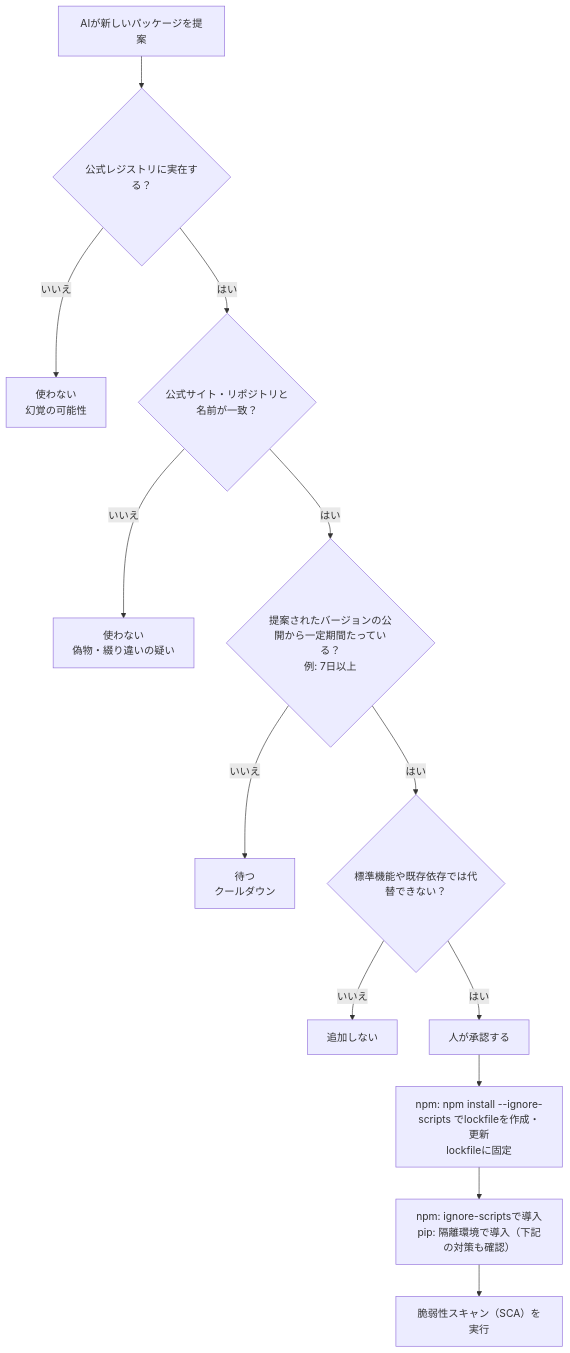
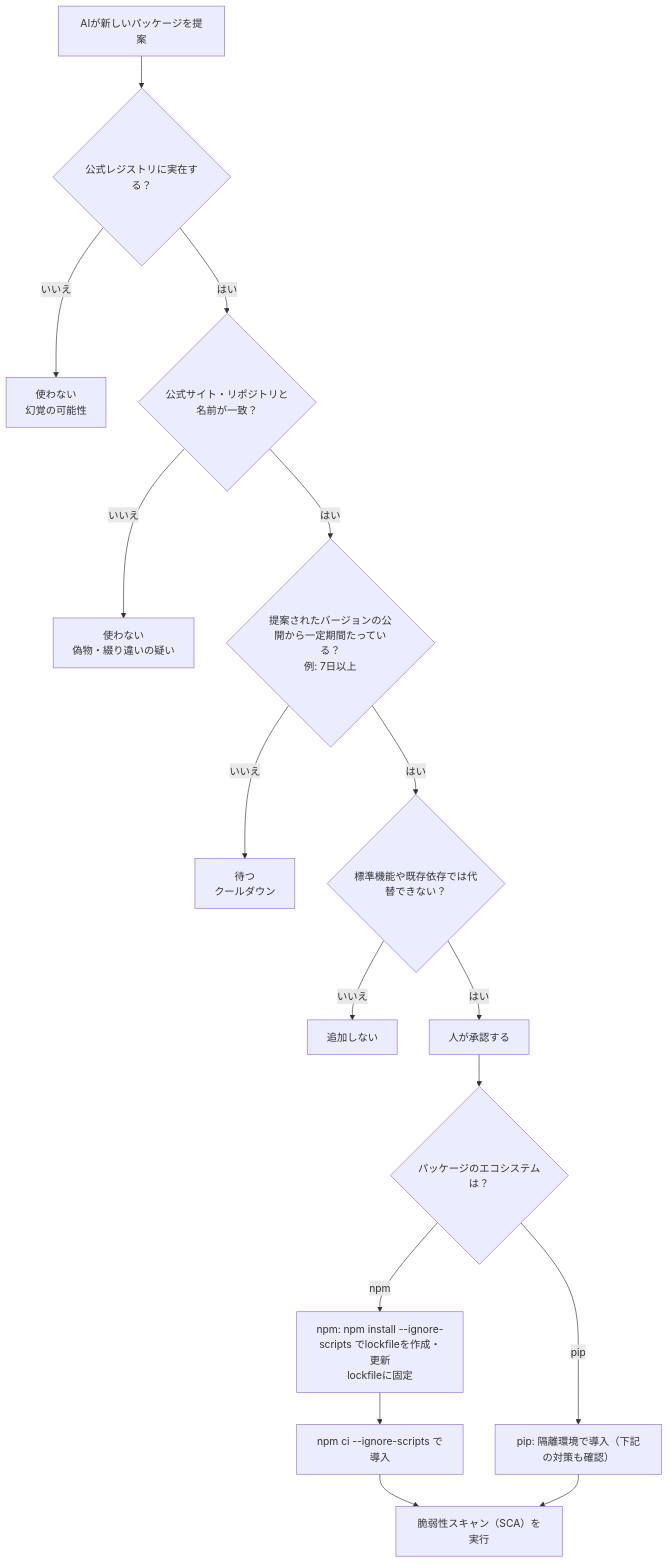
The sixth of 9 diagrams in Ai-coding-safety-guide.md (myoshi2891/Security_Studies), drawn with Mermaid before and after one commit. The commit also changed other lines of this file, not shown here.

Commit message:
docs(ai-coding): clarify ecosystem branch in dependency flowchart and detail vscode tasks inspection

````diff
--- a/Ai-coding-safety-guide.md
+++ b/Ai-coding-safety-guide.md
@@ -476,15 +476,18 @@
 ```mermaid
 flowchart TD
     A["AIが新しいパッケージを提案"] --> B{"公式レジストリに実在する？"}
     B -->|"いいえ"| X1["使わない<br/>幻覚の可能性"]
     B -->|"はい"| C{"公式サイト・リポジトリと名前が一致？"}
     C -->|"いいえ"| X2["使わない<br/>偽物・綴り違いの疑い"]
     C -->|"はい"| D{"提案されたバージョンの公開から一定期間たっている？<br/>例: 7日以上"}
     D -->|"いいえ"| X3["待つ<br/>クールダウン"]
     D -->|"はい"| E{"標準機能や既存依存では代替できない？"}
     E -->|"いいえ"| X4["追加しない"]
     E -->|"はい"| F["人が承認する"]
-    F --> G["npm: npm install --ignore-scripts でlockfileを作成・更新<br/>lockfileに固定"]
-    G --> H["npm: ignore-scriptsで導入<br/>pip: 隔離環境で導入（下記の対策も確認）"]
+    F --> P{"パッケージのエコシステムは？"}
+    P -->|"npm"| G["npm: npm install --ignore-scripts でlockfileを作成・更新<br/>lockfileに固定"]
+    G --> H["npm ci --ignore-scripts で導入"]
     H --> I["脆弱性スキャン（SCA）を実行"]
+    P -->|"pip"| J["pip: 隔離環境で導入（下記の対策も確認）"]
+    J --> I
 ```
````
